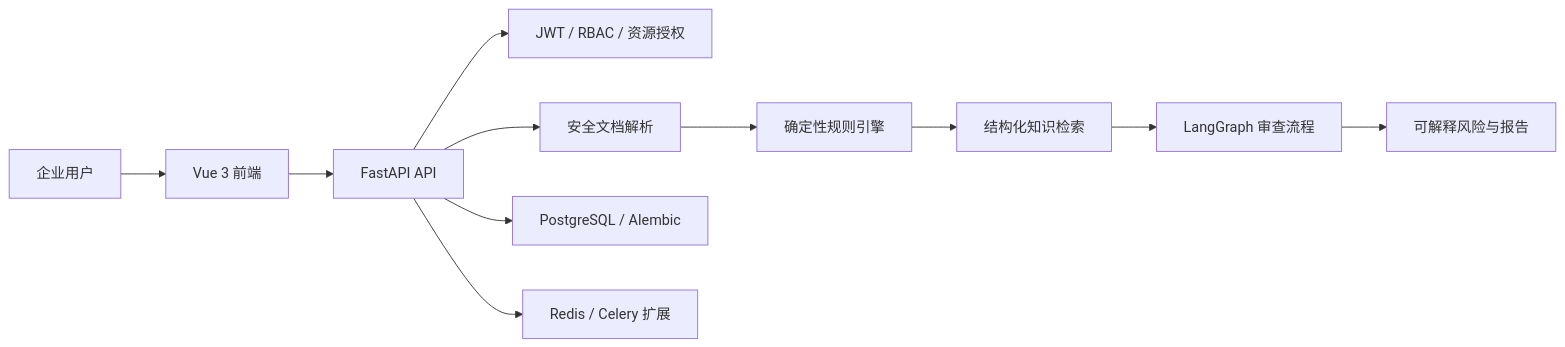
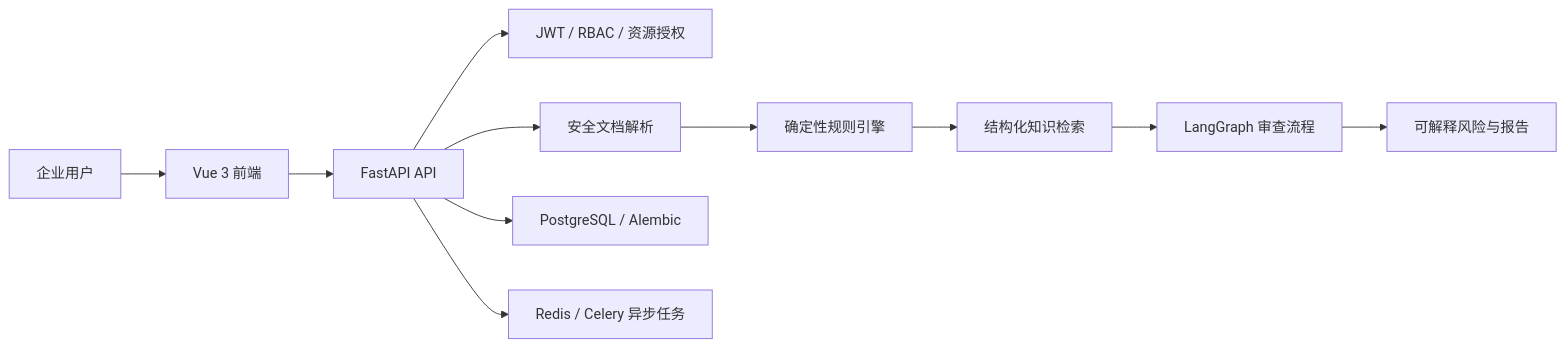
The first of 2 diagrams in README.md (altoclef6/contract-review-system), drawn with Mermaid before and after one commit. The commit also changed other lines of this file and 101 other files, not shown here.

````diff
--- a/README.md
+++ b/README.md
@@ -21,13 +24,13 @@
 ```mermaid
 flowchart LR
     U["企业用户"] --> V["Vue 3 前端"]
     V --> API["FastAPI API"]
     API --> A["JWT / RBAC / 资源授权"]
     API --> P["安全文档解析"]
     P --> R["确定性规则引擎"]
     R --> K["结构化知识检索"]
     K --> G["LangGraph 审查流程"]
     G --> O["可解释风险与报告"]
     API --> DB["PostgreSQL / Alembic"]
-    API --> C["Redis / Celery 扩展"]
+    API --> C["Redis / Celery 异步任务"]
 ```
````
